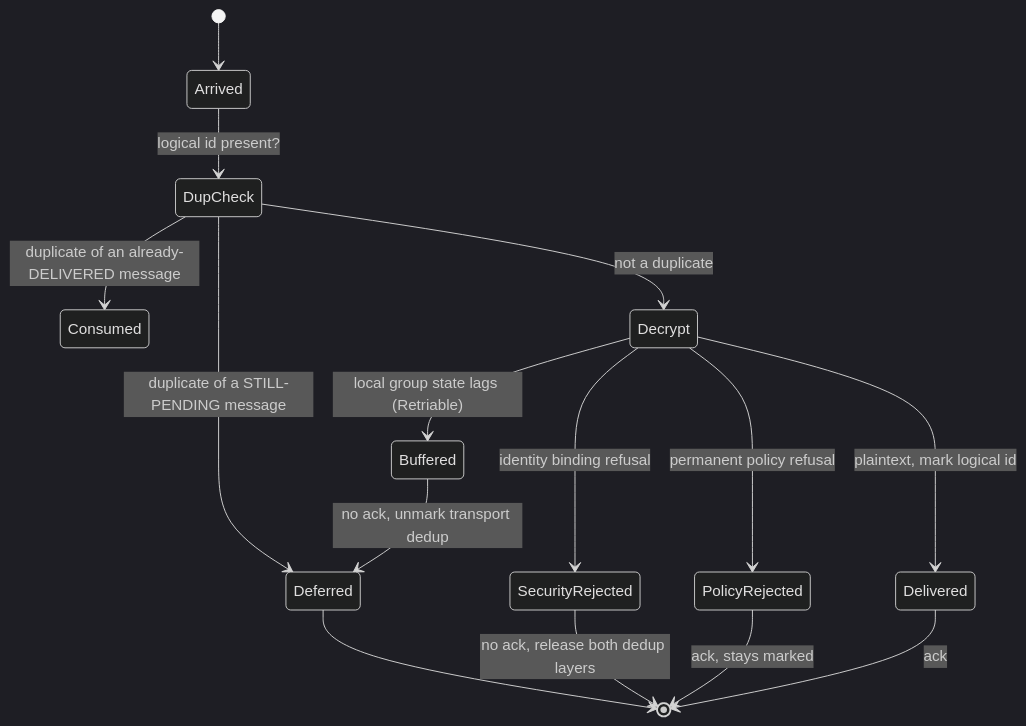
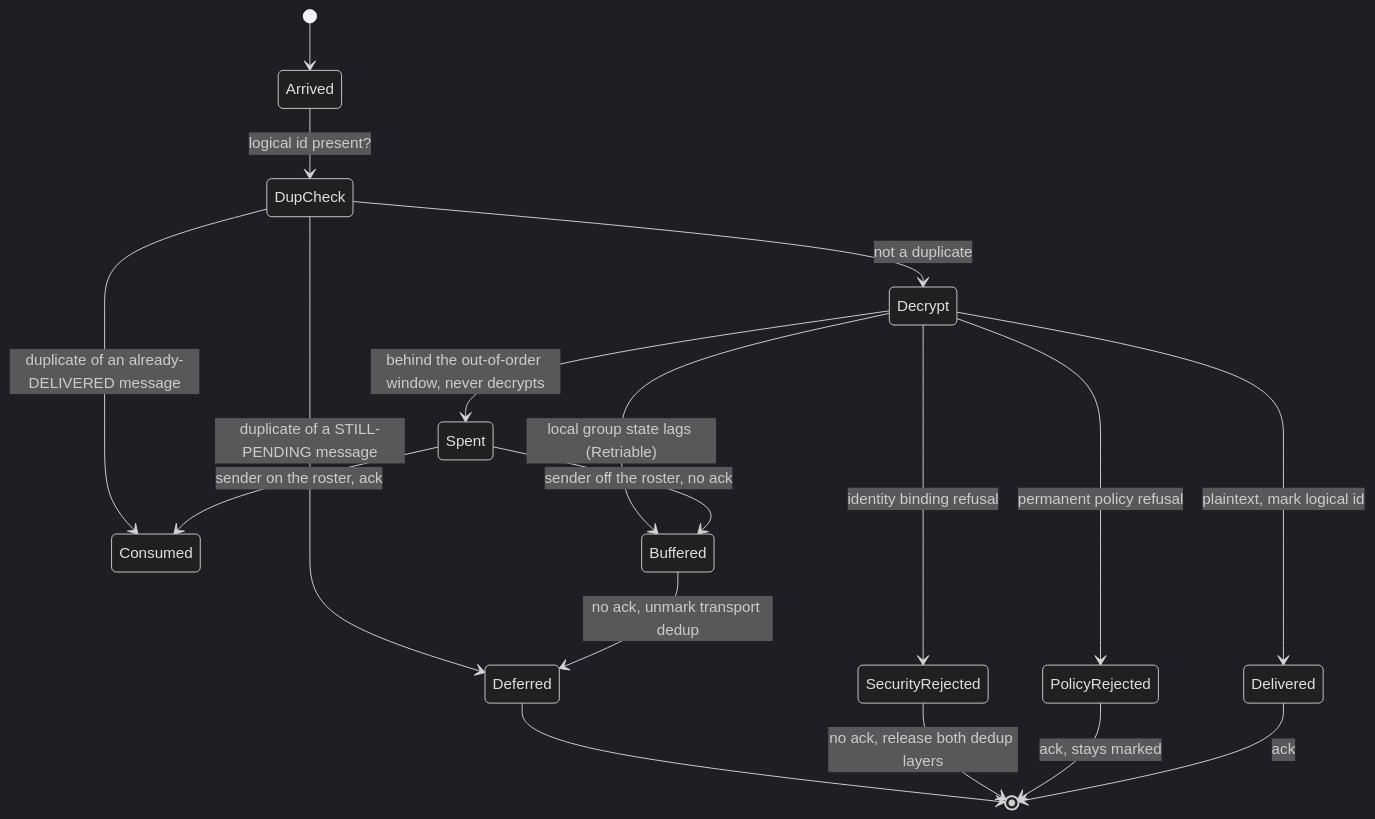
One commit to Offline-Protocol/offline-protocol-sdk changed the second of 4 diagrams in docs/state-machines/group-message-lifecycle.md. Above: the diagram before and after it, drawn with Mermaid (dark theme). The commit also changed other lines of this file and 18 other files, not shown here.

````diff
--- a/docs/state-machines/group-message-lifecycle.md
+++ b/docs/state-machines/group-message-lifecycle.md
@@ -75,19 +75,22 @@
 ```mermaid
 stateDiagram-v2
     [*] --> Arrived
     Arrived --> DupCheck: logical id present?
     DupCheck --> Deferred: duplicate of a STILL-PENDING message
     DupCheck --> Consumed: duplicate of an already-DELIVERED message
     DupCheck --> Decrypt: not a duplicate
 
     Decrypt --> Delivered: plaintext, mark logical id
     Decrypt --> Buffered: local group state lags (Retriable)
+    Decrypt --> Spent: behind the out-of-order window, never decrypts
     Decrypt --> SecurityRejected: identity binding refusal
     Decrypt --> PolicyRejected: permanent policy refusal
 
     Buffered --> Deferred: no ack, unmark transport dedup
+    Spent --> Consumed: sender on the roster, ack
+    Spent --> Buffered: sender off the roster, no ack
     Deferred --> [*]
     SecurityRejected --> [*]: no ack, release both dedup layers
     PolicyRejected --> [*]: ack, stays marked
     Delivered --> [*]: ack
 ```
````
